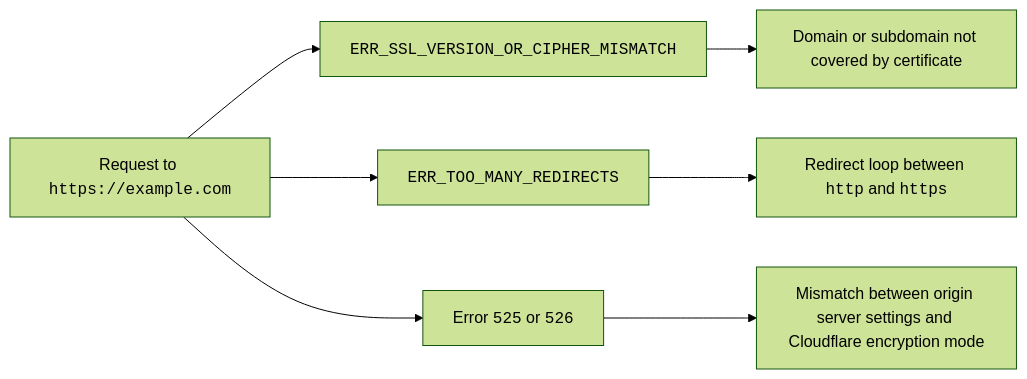
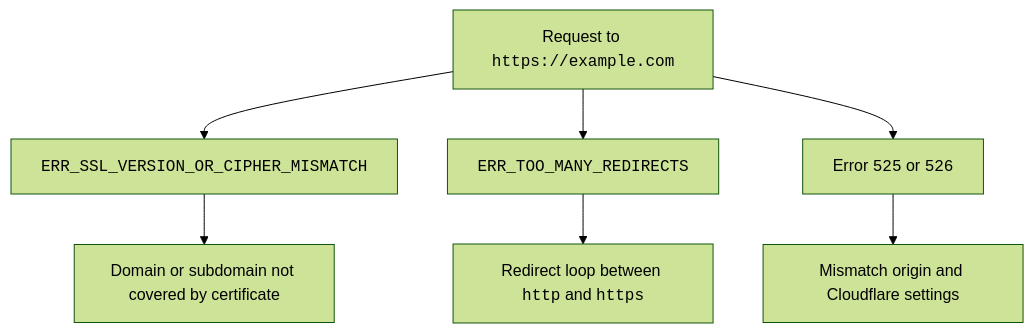
The diagram in content/learning-paths/modules/get-started/onboarding/check-ssl.md (cloudflare/cloudflare-docs), drawn with Mermaid (forest theme) before and after one commit. The commit also changed other lines of this file and 1 other file, not shown here.

Commit message:
Added decision tree diagram

````diff
--- a/content/learning-paths/modules/get-started/onboarding/check-ssl.md
+++ b/content/learning-paths/modules/get-started/onboarding/check-ssl.md
@@ -35,10 +35,10 @@
 ```mermaid
-flowchart LR
+flowchart TD
 accTitle: Potential SSL/TLS issues
 A[Request to <code>https://example.com</code>] --> B[<code>ERR_SSL_VERSION_OR_CIPHER_MISMATCH</code>]
 B --> C[Domain or subdomain not covered by certificate]
 A --> D[<code>ERR_TOO_MANY_REDIRECTS</code>]
 D --> E[Redirect loop between <code>http</code> and <code>https</code>]
 A --> F[Error <code>525</code> or <code>526</code>]
-F --> G[Mismatch between origin server settings and Cloudflare encryption mode]
+F --> G[Mismatch origin and Cloudflare settings]
 ```
````
